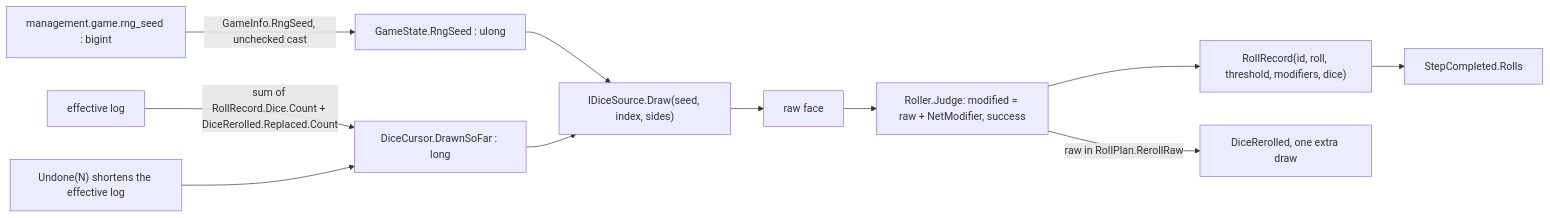
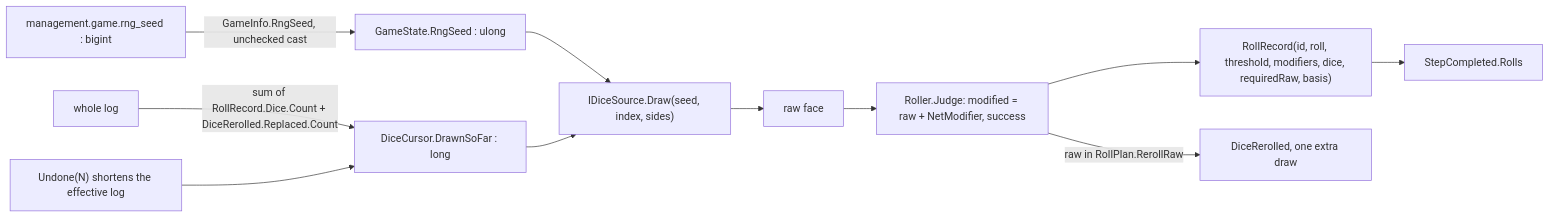
Before and after one commit to cstupi/tabletop: the third of 11 diagrams in docs/design/interpreter/design.md, drawn with Mermaid. The commit also changed other lines of this file and 630 other files, not shown here.

````diff
--- a/docs/design/interpreter/design.md
+++ b/docs/design/interpreter/design.md
@@ -312,13 +316,13 @@
 ```mermaid
 flowchart LR
     row["management.game.rng_seed : bigint"] -- "GameInfo.RngSeed, unchecked cast" --> seed["GameState.RngSeed : ulong"]
-    log["effective log"] -- "sum of RollRecord.Dice.Count + DiceRerolled.Replaced.Count" --> cur["DiceCursor.DrawnSoFar : long"]
+    log["whole log"] -- "sum of RollRecord.Dice.Count + DiceRerolled.Replaced.Count" --> cur["DiceCursor.DrawnSoFar : long"]
     seed --> src["IDiceSource.Draw(seed, index, sides)"]
     cur --> src
     src --> die["raw face"]
     die --> judge["Roller.Judge: modified = raw + NetModifier, success"]
-    judge --> rec["RollRecord(id, roll, threshold, modifiers, dice)"]
+    judge --> rec["RollRecord(id, roll, threshold, modifiers, dice, requiredRaw, basis)"]
     rec --> sc["StepCompleted.Rolls"]
     judge -- "raw in RollPlan.RerollRaw" --> forced["DiceRerolled, one extra draw"]
     undo["Undone(N) shortens the effective log"] --> cur
 ```
````
